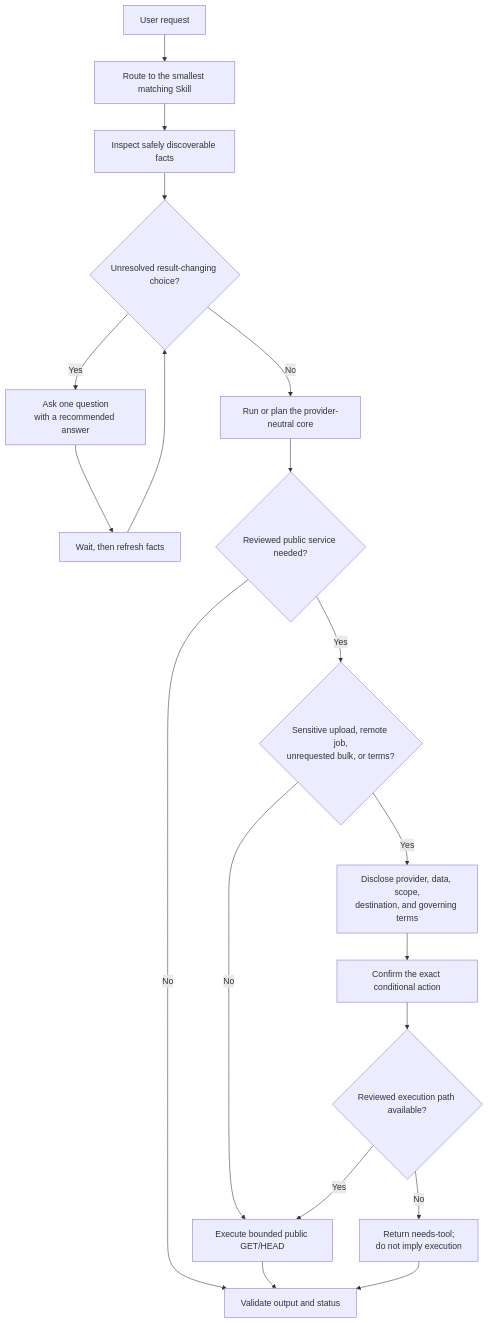
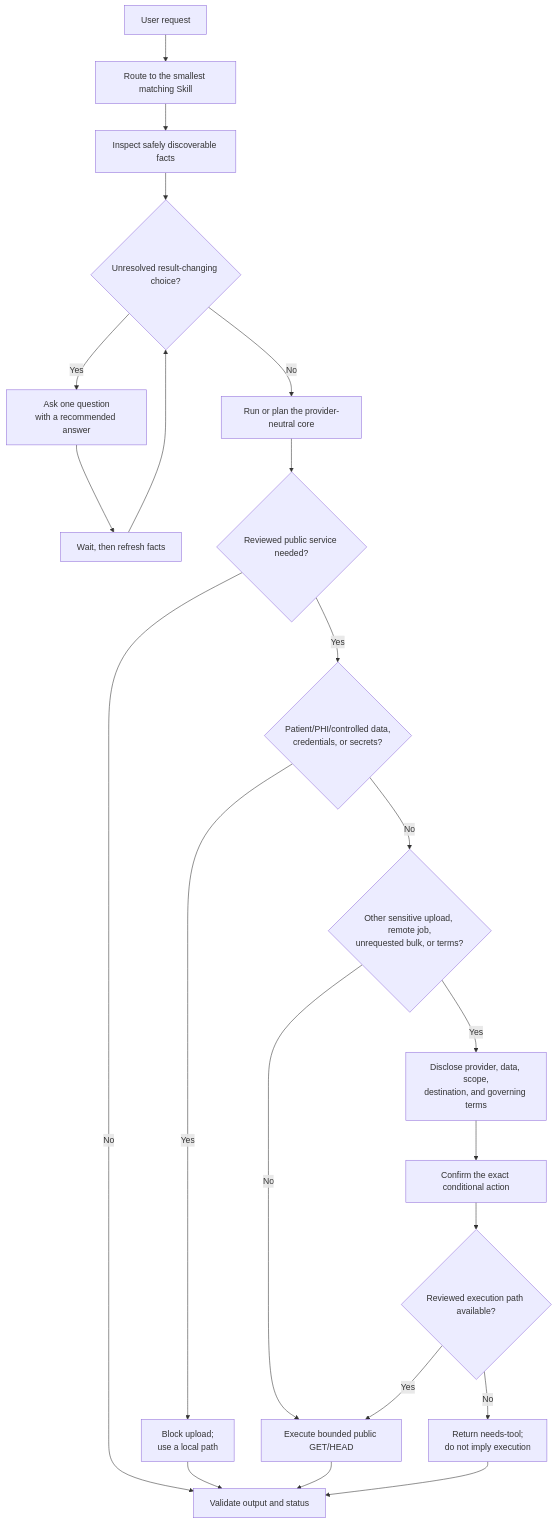
The second of 2 diagrams in docs/architecture.md (SteveTangent/goose-bio-skills), drawn with Mermaid before and after one commit. The commit also changed other lines of this file and 71 other files, not shown here.

````diff
--- a/docs/architecture.md
+++ b/docs/architecture.md
@@ -28,21 +28,24 @@
 ```mermaid
 flowchart TD
     REQUEST["User request"] --> ROUTE["Route to the smallest matching Skill"]
     ROUTE --> FACTS["Inspect safely discoverable facts"]
     FACTS --> GAP{"Unresolved result-changing choice?"}
     GAP -- "Yes" --> ASK["Ask one question<br/>with a recommended answer"]
     ASK --> WAIT["Wait, then refresh facts"]
     WAIT --> GAP
     GAP -- "No" --> CORE["Run or plan the provider-neutral core"]
     CORE --> NEED{"Reviewed public service needed?"}
     NEED -- "No" --> CHECK["Validate output and status"]
-    NEED -- "Yes" --> CONDITIONAL{"Sensitive upload, remote job,<br/>unrequested bulk, or terms?"}
+    NEED -- "Yes" --> PROHIBITED{"Patient/PHI/controlled data,<br/>credentials, or secrets?"}
+    PROHIBITED -- "Yes" --> BLOCK["Block upload;<br/>use a local path"]
+    BLOCK --> CHECK
+    PROHIBITED -- "No" --> CONDITIONAL{"Other sensitive upload, remote job,<br/>unrequested bulk, or terms?"}
     CONDITIONAL -- "No" --> LIVE["Execute bounded public GET/HEAD"]
     CONDITIONAL -- "Yes" --> DISCLOSE["Disclose provider, data, scope,<br/>destination, and governing terms"]
     DISCLOSE --> CONFIRM["Confirm the exact conditional action"]
     CONFIRM --> PATH{"Reviewed execution path available?"}
     PATH -- "Yes" --> LIVE
     PATH -- "No" --> NEEDSTOOL["Return needs-tool;<br/>do not imply execution"]
     LIVE --> CHECK
     NEEDSTOOL --> CHECK
 ```
````
